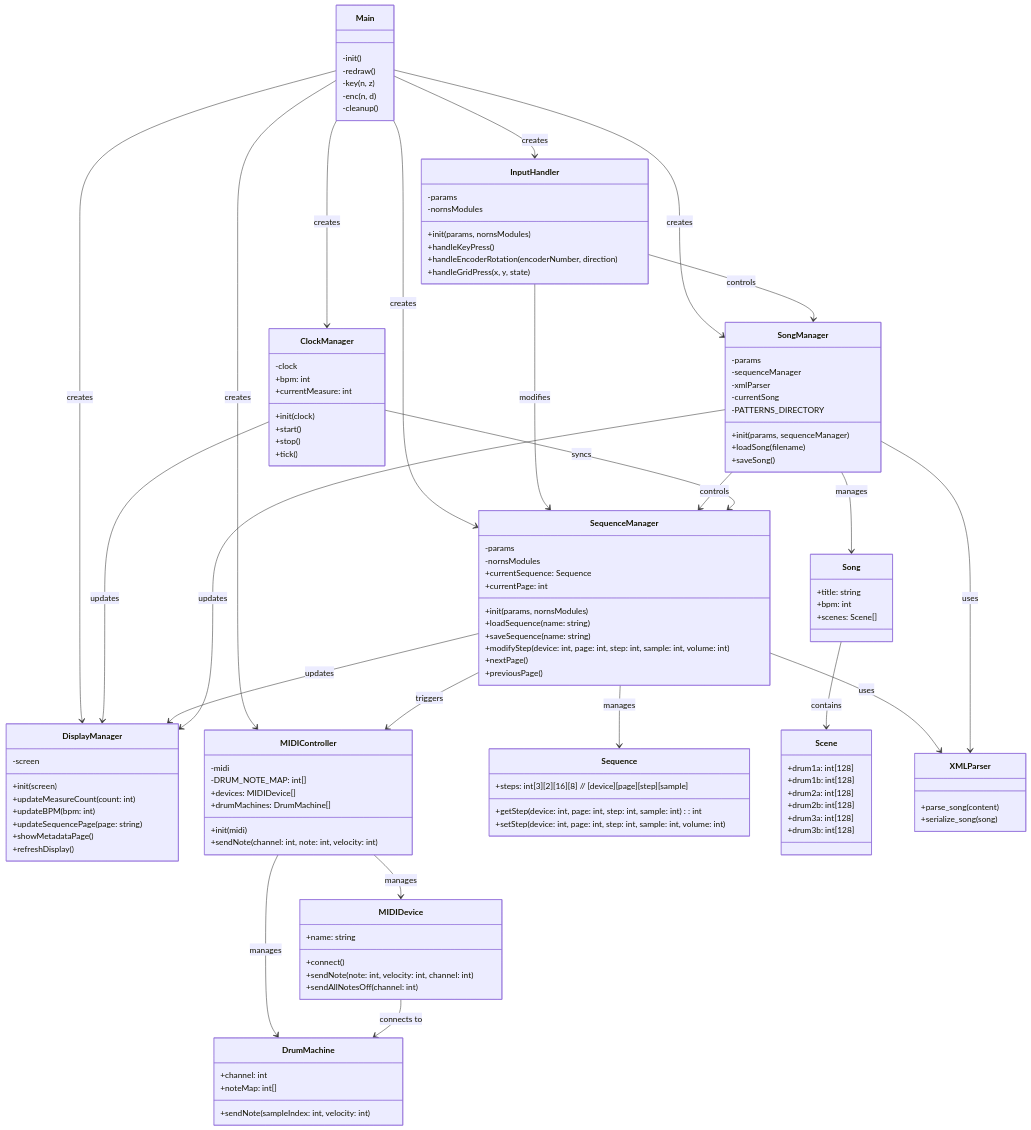
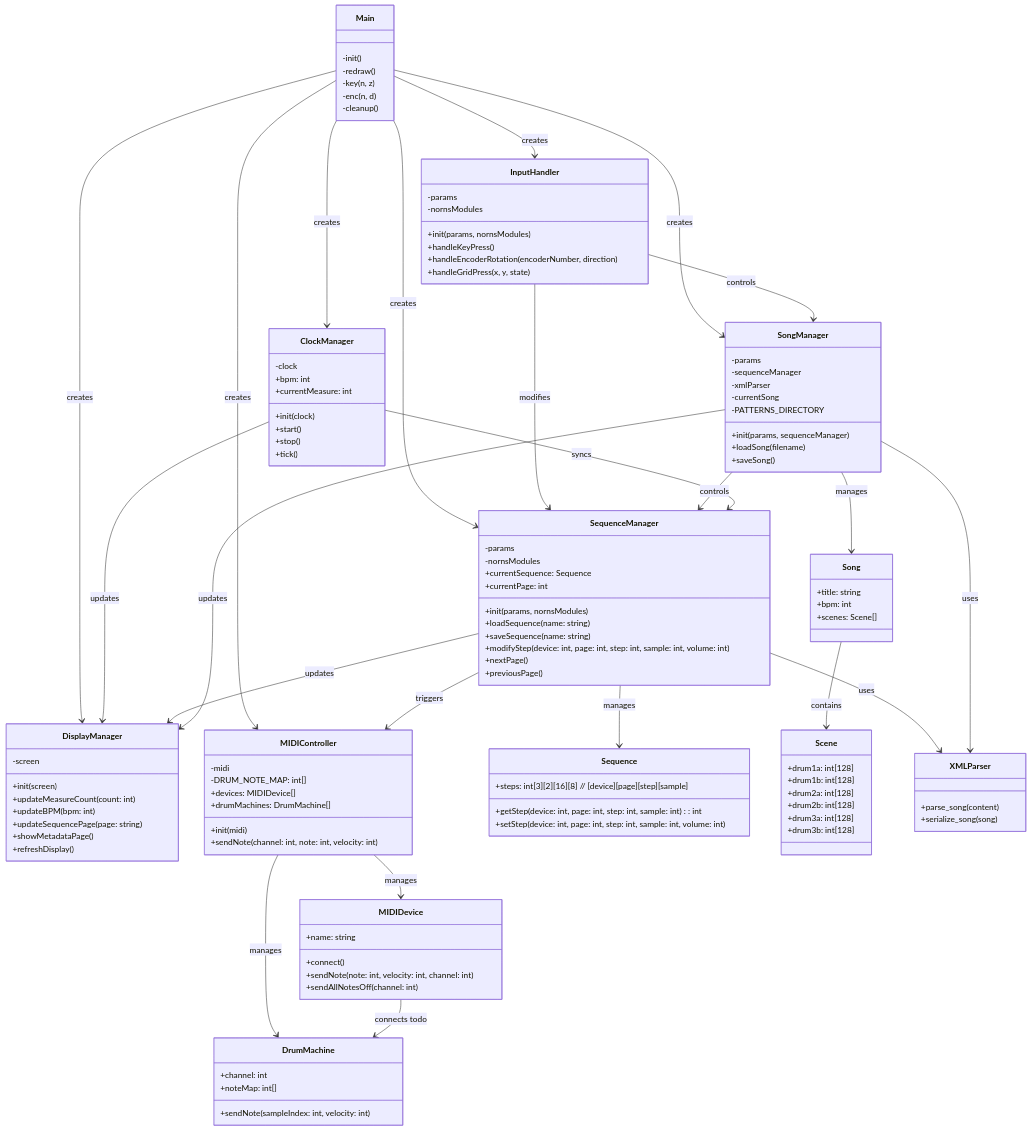
The diagram in tens.mmd (joshuacook/tens), drawn with Mermaid before and after one commit. The commit also changed 2 other files, not shown here.

Commit message:
move song to main page

````diff
--- a/tens.mmd
+++ b/tens.mmd
@@ -118,5 +118,5 @@
     SongManager --> XMLParser : uses
     MIDIController --> MIDIDevice : manages
     MIDIController --> DrumMachine : manages
-    MIDIDevice --> DrumMachine : connects to
+    MIDIDevice --> DrumMachine : connects todo
 ```
````
